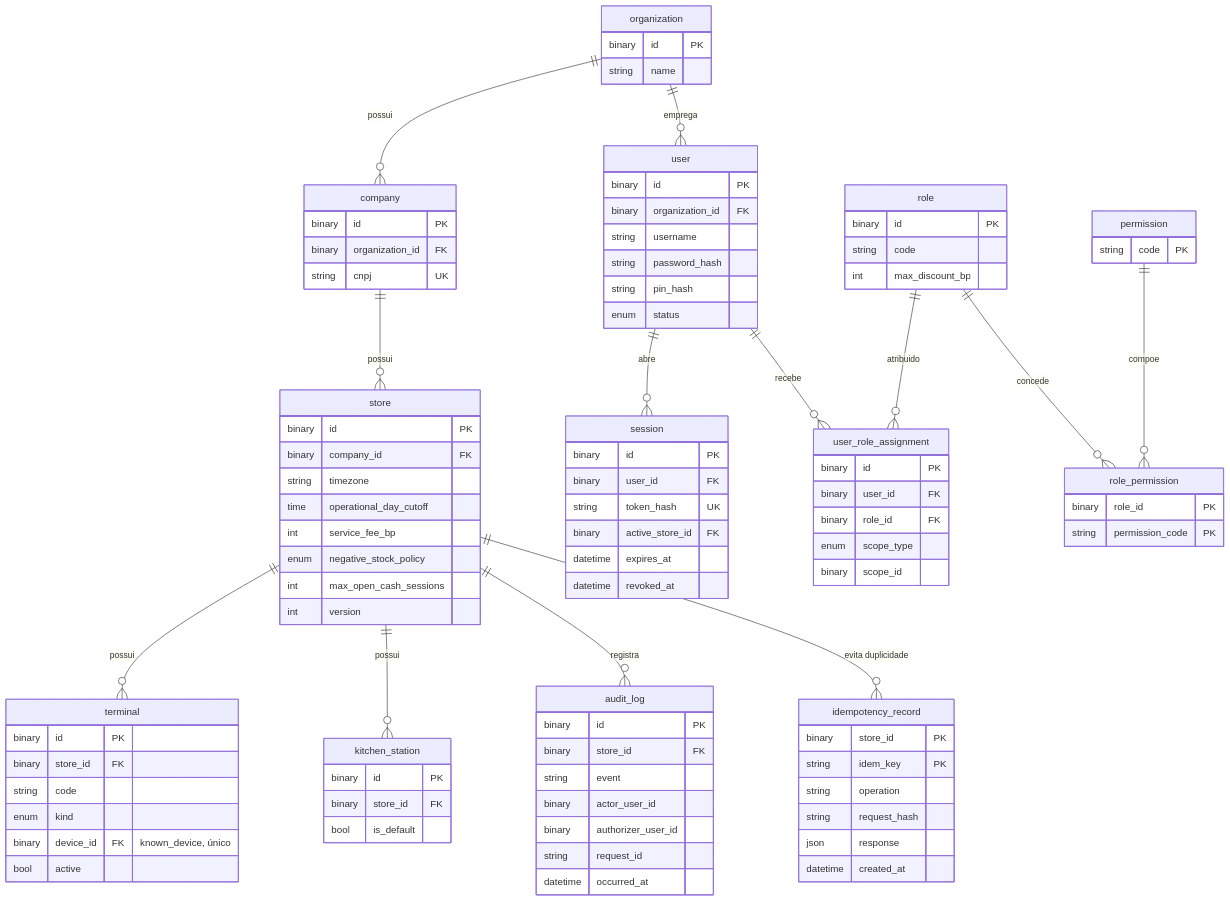
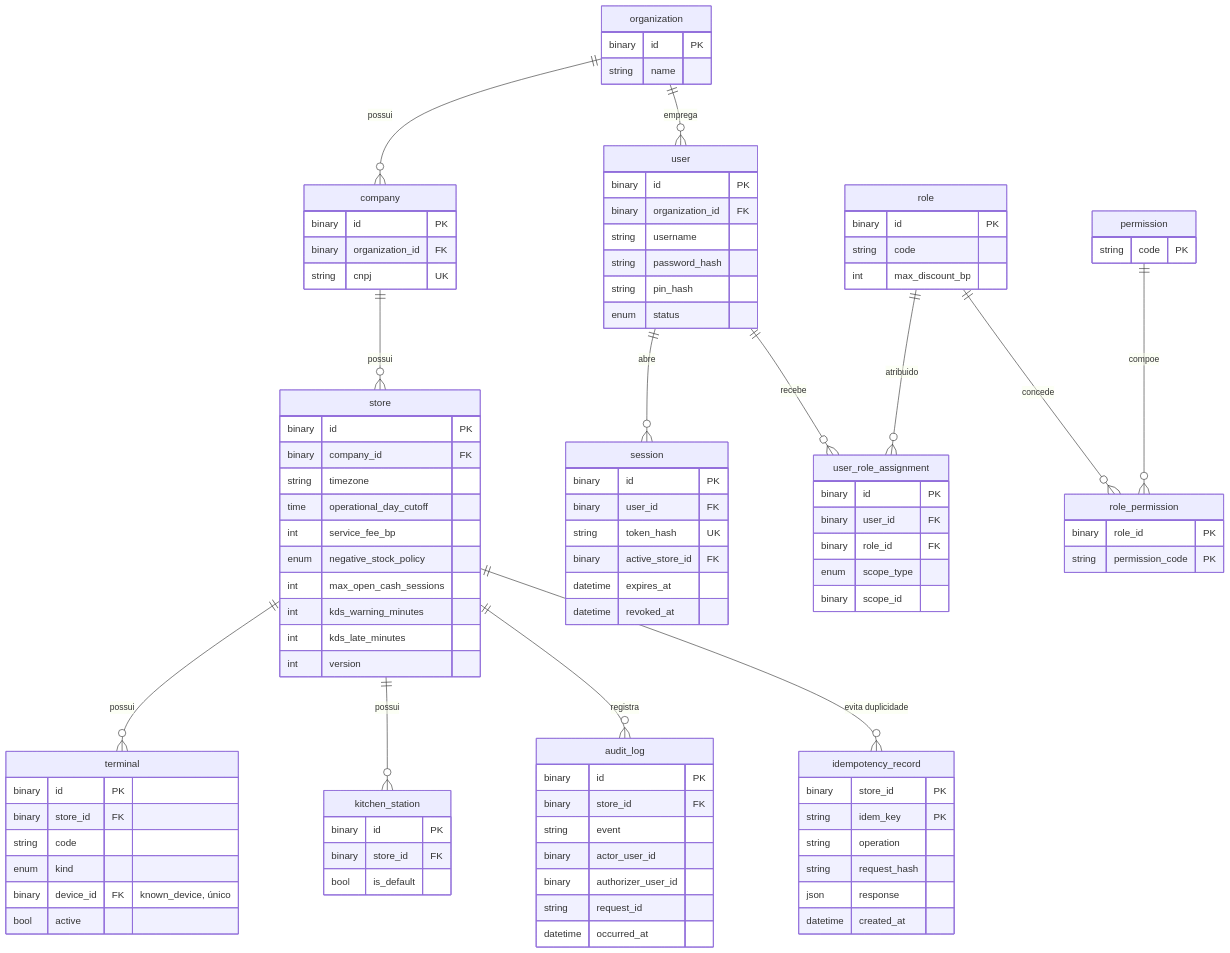
Before and after one commit to marlonerick/erp-mesa-restaurante: the first of 3 diagrams in maps/database/erd.md, drawn with Mermaid. The commit also changed other lines of this file and 73 other files, not shown here.

```diff
--- a/maps/database/erd.md
+++ b/maps/database/erd.md
@@ -59,6 +59,8 @@
     int service_fee_bp
     enum negative_stock_policy
     int max_open_cash_sessions
+    int kds_warning_minutes
+    int kds_late_minutes
     int version
   }
   terminal {
```
